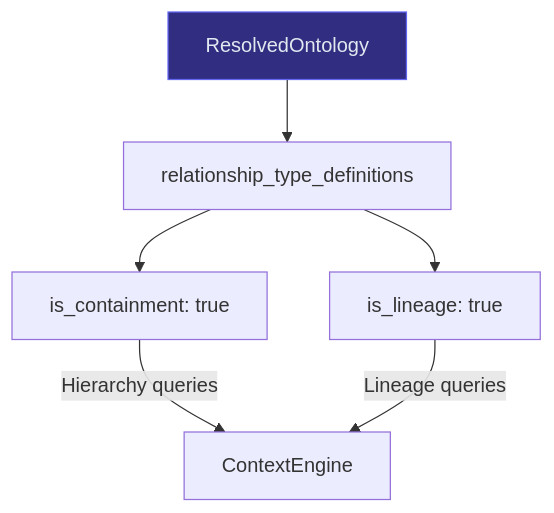
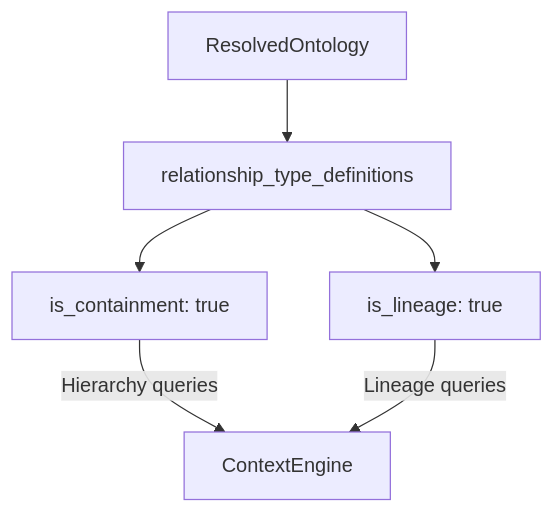
One commit to rkrumins/dataviz changed the second of 5 diagrams in docs/DECISIONS.md. Above: the diagram before and after it, drawn with Mermaid. The commit also changed other lines of this file and 46 other files, not shown here.

````diff
--- a/docs/DECISIONS.md
+++ b/docs/DECISIONS.md
@@ -102,16 +101,15 @@
 ```mermaid
 graph TB
     Ontology["ResolvedOntology"]
     RDef["relationship_type_definitions"]
     IsC["is_containment: true"]
     IsL["is_lineage: true"]
     CE["ContextEngine"]
 
     Ontology --> RDef
     RDef --> IsC
     RDef --> IsL
     IsC -->|"Hierarchy queries"| CE
     IsL -->|"Lineage queries"| CE
 
-    style Ontology fill:#312e81,stroke:#6366f1,color:#e2e8f0
 ```
````
